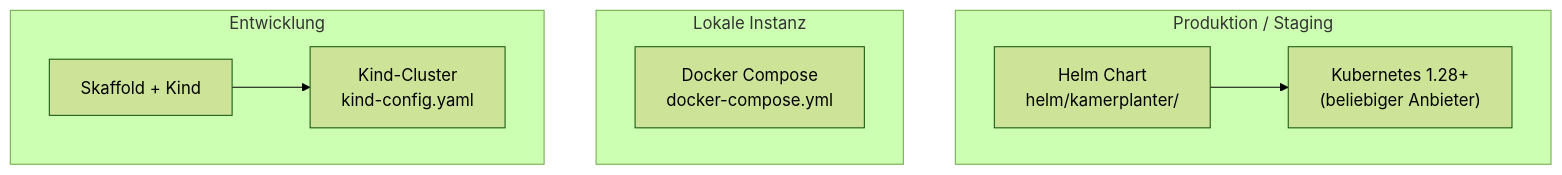
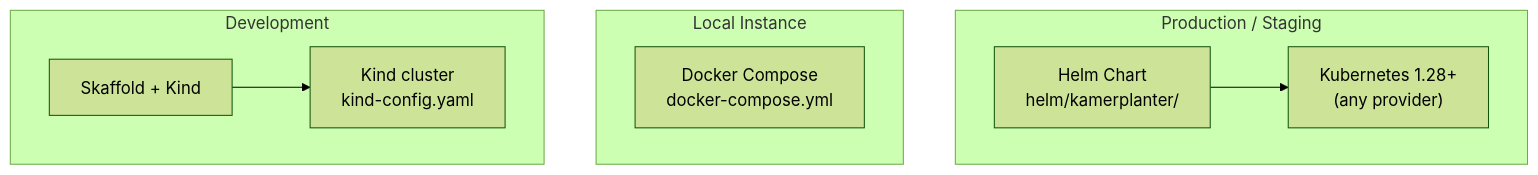
The first of 4 diagrams in docs/de/architecture/infrastructure.md (nolte/kamerplanter), drawn with Mermaid (forest theme) before and after one commit. The commit also changed other lines of this file and 44 other files, not shown here.

First line of the commit message:
docs: make all Mermaid diagrams spec-compliant (repo-wide sweep)

````diff
--- a/docs/de/architecture/infrastructure.md
+++ b/docs/de/architecture/infrastructure.md
@@ -9,19 +10,19 @@
 ```mermaid
-graph TB
-    subgraph "Produktion / Staging"
-        K8S["Kubernetes 1.28+\n(beliebiger Anbieter)"]
-        HELM["Helm Chart\nhelm/kamerplanter/"]
+flowchart TB
+    subgraph "Production / Staging"
+        K8S["Kubernetes 1.28+<br/>(any provider)"]
+        HELM["Helm Chart<br/>helm/kamerplanter/"]
     end
 
-    subgraph "Lokale Instanz"
-        DC["Docker Compose\ndocker-compose.yml"]
+    subgraph "Local Instance"
+        DC["Docker Compose<br/>docker-compose.yml"]
     end
 
-    subgraph "Entwicklung"
+    subgraph "Development"
         SKAFFOLD["Skaffold + Kind"]
-        KIND["Kind-Cluster\nkind-config.yaml"]
+        KIND["Kind cluster<br/>kind-config.yaml"]
     end
 
     HELM --> K8S
     SKAFFOLD --> KIND
 ```
````
